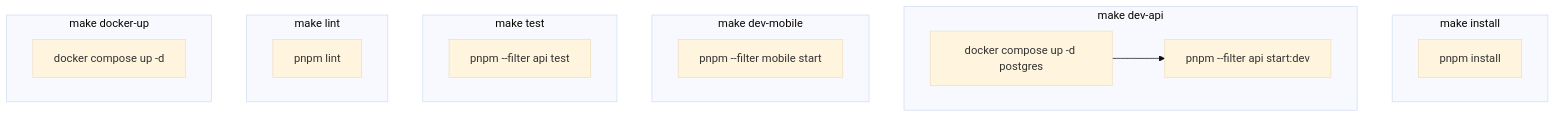
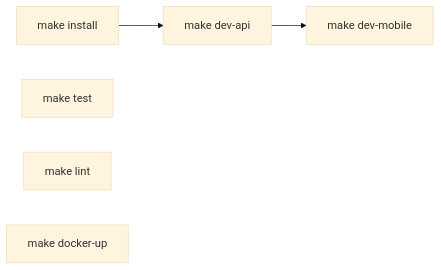
The sixth of 8 diagrams in docs/METHODOLOGIE.md (CitizenAlert/CitizenAlert), drawn with Mermaid (base theme) before and after one commit. The commit also changed other lines of this file and 13 other files, not shown here.

````diff
--- a/docs/METHODOLOGIE.md
+++ b/docs/METHODOLOGIE.md
@@ -449,28 +427,8 @@
 ```mermaid
-graph TB
-    subgraph "make install"
-        I[pnpm install]
-    end
-
-    subgraph "make dev-api"
-        DA1[docker compose up -d postgres]
-        DA2[pnpm --filter api start:dev]
-        DA1 --> DA2
-    end
-
-    subgraph "make dev-mobile"
-        DM[pnpm --filter mobile start]
-    end
-
-    subgraph "make test"
-        T[pnpm --filter api test]
-    end
-
-    subgraph "make lint"
-        L[pnpm lint]
-    end
-
-    subgraph "make docker-up"
-        DU[docker compose up -d]
-    end
+graph LR
+    A[make install] --> B[make dev-api]
+    B --> C[make dev-mobile]
+    D[make test]
+    E[make lint]
+    F[make docker-up]
 ```
````
